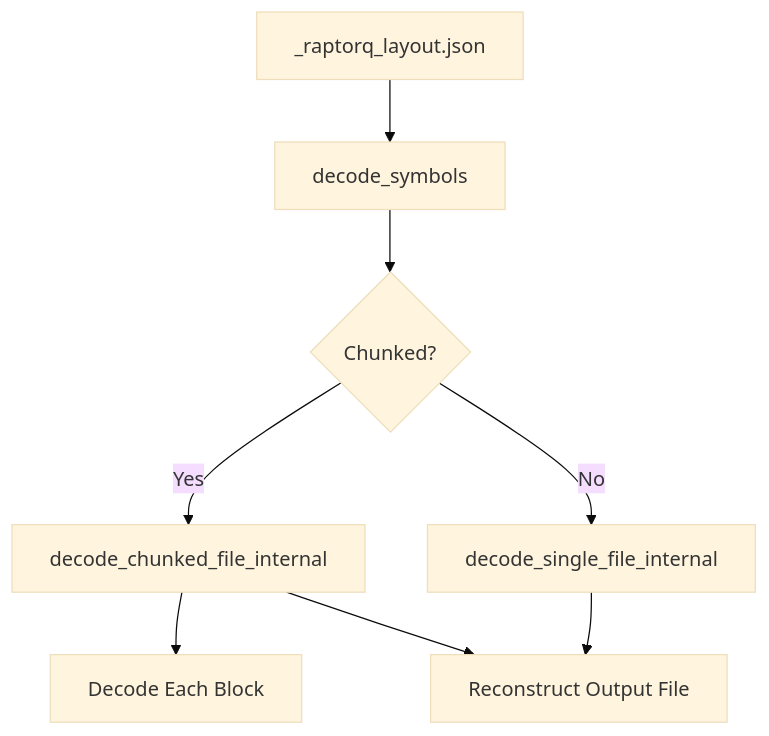
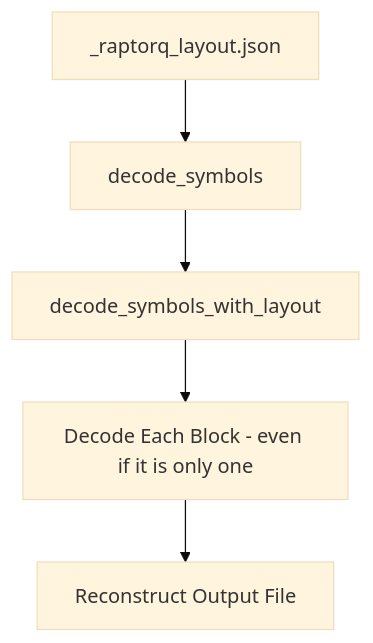
One commit to LumeraProtocol/rq-library changed the second of 2 diagrams in RQ_REDESIGN.md. Above: the diagram before and after it, drawn with Mermaid (base theme). The commit also changed other lines of this file and 7 other files, not shown here.

````diff
--- a/RQ_REDESIGN.md
+++ b/RQ_REDESIGN.md
@@ -108,9 +105,7 @@
 ```mermaid
 graph TD
   J[_raptorq_layout.json] --> K[decode_symbols]
-  K --> L{Chunked?}
-  L -- Yes --> M[decode_chunked_file_internal]
-  M --> N[Decode Each Block]
-  L -- No --> O[decode_single_file_internal]
-  M & O --> P[Reconstruct Output File]
+  K --> L[decode_symbols_with_layout]
+  L --> M[Decode Each Block - even if it is only one]
+  M --> N[Reconstruct Output File]
 ```
````
